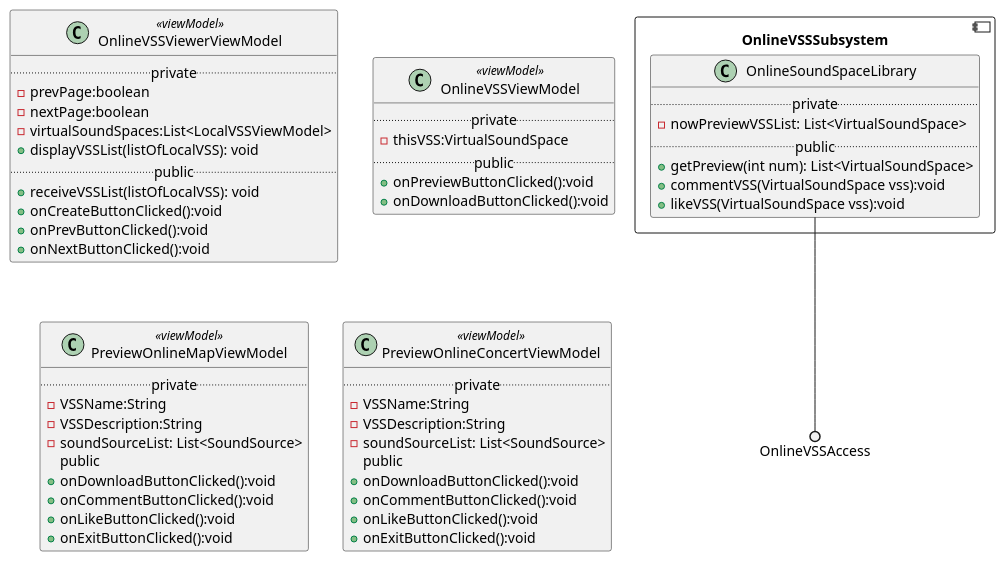
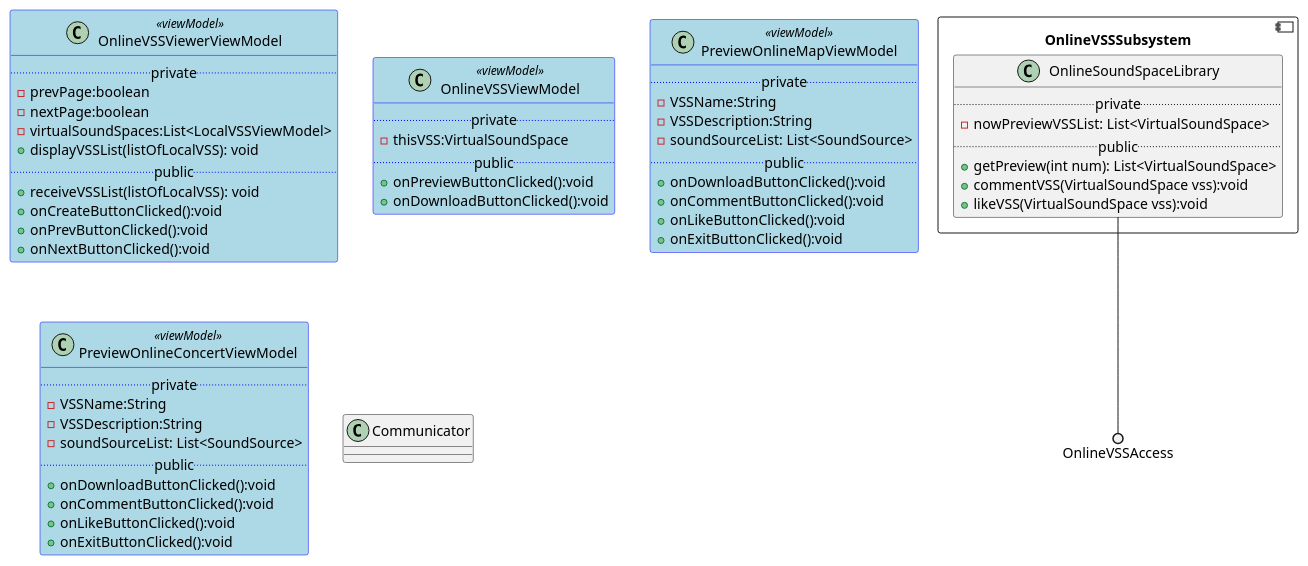
The fourth of 13 diagrams in 设计/软件架构文档.md (kpp19920121/doc), drawn with PlantUML before and after one commit. The commit also changed other lines of this file and 4 other files, not shown here.

````diff
--- a/设计/软件架构文档.md
+++ b/设计/软件架构文档.md
@@ -286,60 +305,71 @@
 ```PlantUML
 @startuml Diagrams/OnlineVSSSubsystemClassDiagram
-component OnlineVSSSubsystem {
-    class OnlineSoundSpaceLibrary {
+    skinparam class {
+        BackgroundColor<<viewModel>> LightBlue
+        BorderColor<<viewModel>> Blue
+        BackgroundColor<<control>> LightGray
+        BorderColor<<control>> Red
+        BackgroundColor<<entity>> LightYellow
+        BorderColor<<entity>> Yellow
+    }
+
+    component OnlineVSSSubsystem {
+        class OnlineSoundSpaceLibrary {
+        ..private..
+        - nowPreviewVSSList: List<VirtualSoundSpace>
+        ..public..
+        + getPreview(int num): List<VirtualSoundSpace>
+        + commentVSS(VirtualSoundSpace vss):void
+        + likeVSS(VirtualSoundSpace vss):void
+        }
+    }
+
+    class OnlineVSSViewerViewModel <<viewModel>> {
     ..private..
-    - nowPreviewVSSList: List<VirtualSoundSpace>
+    -prevPage:boolean
+    -nextPage:boolean
+    -virtualSoundSpaces:List<LocalVSSViewModel>
+        +displayVSSList(listOfLocalVSS): void
     ..public..
-    + getPreview(int num): List<VirtualSoundSpace>
-    + commentVSS(VirtualSoundSpace vss):void
-    + likeVSS(VirtualSoundSpace vss):void
+        +receiveVSSList(listOfLocalVSS): void
+    +onCreateButtonClicked():void
+    +onPrevButtonClicked():void
+    +onNextButtonClicked():void
     }
-}
 
-class OnlineVSSViewerViewModel <<viewModel>> {
-  ..private..
-  -prevPage:boolean
-  -nextPage:boolean
-  -virtualSoundSpaces:List<LocalVSSViewModel>
-	+displayVSSList(listOfLocalVSS): void
-  ..public..
-	+receiveVSSList(listOfLocalVSS): void
-  +onCreateButtonClicked():void
-  +onPrevButtonClicked():void
-  +onNextButtonClicked():void
-}
+    class OnlineVSSViewModel <<viewModel>> {
+    ..private..
+    -thisVSS:VirtualSoundSpace
+    ..public..
+    +onPreviewButtonClicked():void
+    +onDownloadButtonClicked():void
+    }
 
-class OnlineVSSViewModel <<viewModel>> {
-  ..private..
-  -thisVSS:VirtualSoundSpace
-  ..public..
-  +onPreviewButtonClicked():void
-  +onDownloadButtonClicked():void
-}
-
-class PreviewOnlineMapViewModel <<viewModel>> {
-	..private..
-  - VSSName:String
-  - VSSDescription:String
-	- soundSourceList: List<SoundSource>
-  ..public..
-  +onDownloadButtonClicked():void
-  +onCommentButtonClicked():void
-  +onLikeButtonClicked():void
-  +onExitButtonClicked():void
-}
-class PreviewOnlineConcertViewModel <<viewModel>> {
-	..private..
-  - VSSName:String
-  - VSSDescription:String
-	- soundSourceList: List<SoundSource>
-  ..public..
-  +onDownloadButtonClicked():void
-  +onCommentButtonClicked():void
-  +onLikeButtonClicked():void
-  +onExitButtonClicked():void
+    class PreviewOnlineMapViewModel <<viewModel>> {
+        ..private..
+    - VSSName:String
+    - VSSDescription:String
+        - soundSourceList: List<SoundSource>
+    ..public..
+    +onDownloadButtonClicked():void
+    +onCommentButtonClicked():void
+    +onLikeButtonClicked():void
+    +onExitButtonClicked():void
+    }
+    class PreviewOnlineConcertViewModel <<viewModel>> {
+        ..private..
+    - VSSName:String
+    - VSSDescription:String
+        - soundSourceList: List<SoundSource>
+    ..public..
+    +onDownloadButtonClicked():void
+    +onCommentButtonClicked():void
+    +onLikeButtonClicked():void
+    +onExitButtonClicked():void
+    }
+class Communicator{
 }
 
 OnlineSoundSpaceLibrary --() OnlineVSSAccess
 @enduml
 ```
````
